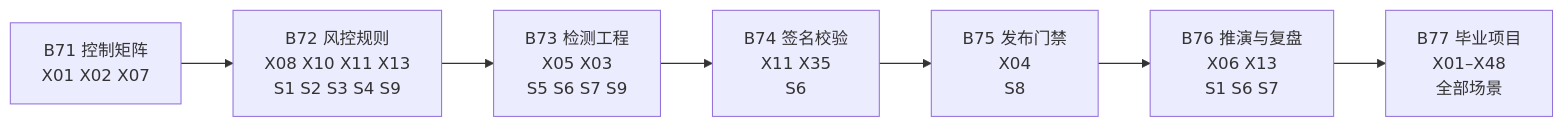
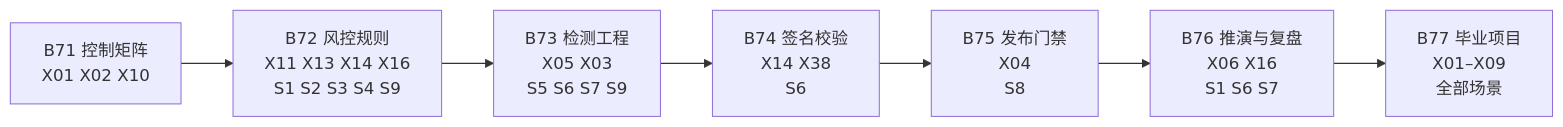
One commit to ocean-8848/web3-security-101 changed the diagram in Web3-Security/bootcamp/B70-offchain-l3-guide.md. Above: the diagram before and after it, drawn with Mermaid. The commit also changed other lines of this file and 691 other files, not shown here.

````diff
--- a/Web3-Security/bootcamp/B70-offchain-l3-guide.md
+++ b/Web3-Security/bootcamp/B70-offchain-l3-guide.md
@@ -112,9 +112,9 @@
 ```mermaid
 flowchart LR
-    B71["B71 控制矩阵<br/>X01 X02 X07"] --> B72["B72 风控规则<br/>X08 X10 X11 X13<br/>S1 S2 S3 S4 S9"]
+    B71["B71 控制矩阵<br/>X01 X02 X10"] --> B72["B72 风控规则<br/>X11 X13 X14 X16<br/>S1 S2 S3 S4 S9"]
     B72 --> B73["B73 检测工程<br/>X05 X03<br/>S5 S6 S7 S9"]
-    B73 --> B74["B74 签名校验<br/>X11 X35<br/>S6"]
+    B73 --> B74["B74 签名校验<br/>X14 X38<br/>S6"]
     B74 --> B75["B75 发布门禁<br/>X04<br/>S8"]
-    B75 --> B76["B76 推演与复盘<br/>X06 X13<br/>S1 S6 S7"]
-    B76 --> B77["B77 毕业项目<br/>X01–X48<br/>全部场景"]
+    B75 --> B76["B76 推演与复盘<br/>X06 X16<br/>S1 S6 S7"]
+    B76 --> B77["B77 毕业项目<br/>X01–X09<br/>全部场景"]
 ```
````
